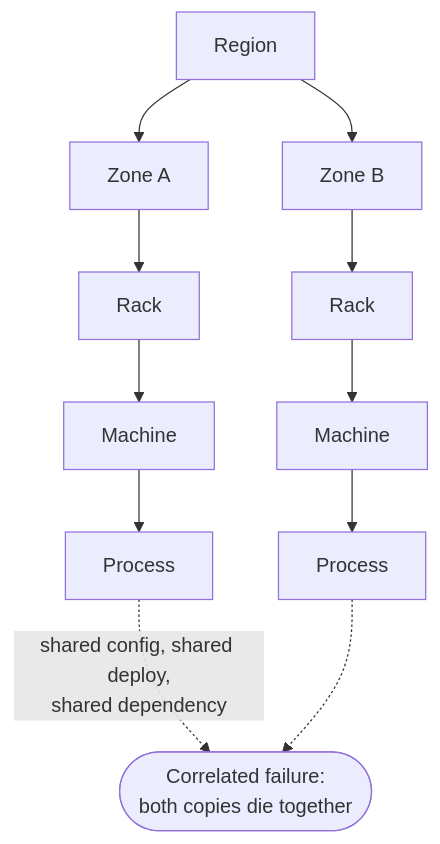
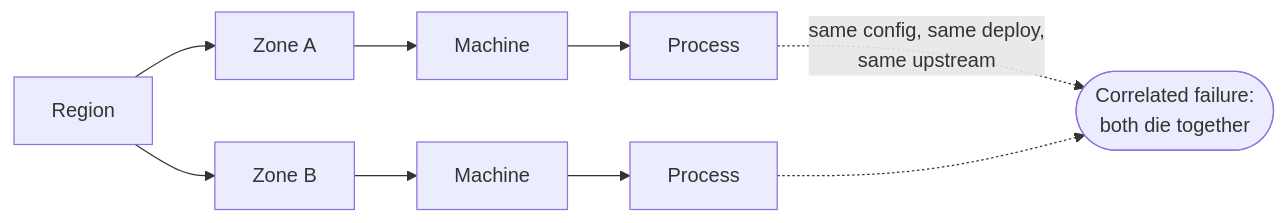
Diagram 13 of 19 in examples/system-design-foundations.md (Laticent/lattice), drawn with Mermaid before and after one commit. The commit also changed other lines of this file and 2 other files, not shown here.

````diff
--- a/examples/system-design-foundations.md
+++ b/examples/system-design-foundations.md
@@ -1687,9 +1573,7 @@
 ```mermaid
-flowchart TB
-  R["Region"] --> Z1["Zone A"]
-  R --> Z2["Zone B"]
-  Z1 --> H1["Rack"] --> M1["Machine"] --> P1["Process"]
-  Z2 --> H2["Rack"] --> M2["Machine"] --> P2["Process"]
-  P1 -.->|"shared config, shared deploy,<br/>shared dependency"| CORR(["Correlated failure:<br/>both copies die together"])
-  P2 -.-> CORR
+flowchart LR
+  R["Region"] --> Z1["Zone A"] --> M1["Machine"] --> P1["Process"]
+  R --> Z2["Zone B"] --> M2["Machine"] --> P2["Process"]
+  P1 -.->|"same config, same deploy,<br/>same upstream"| C(["Correlated failure:<br/>both die together"])
+  P2 -.-> C
 ```
````
